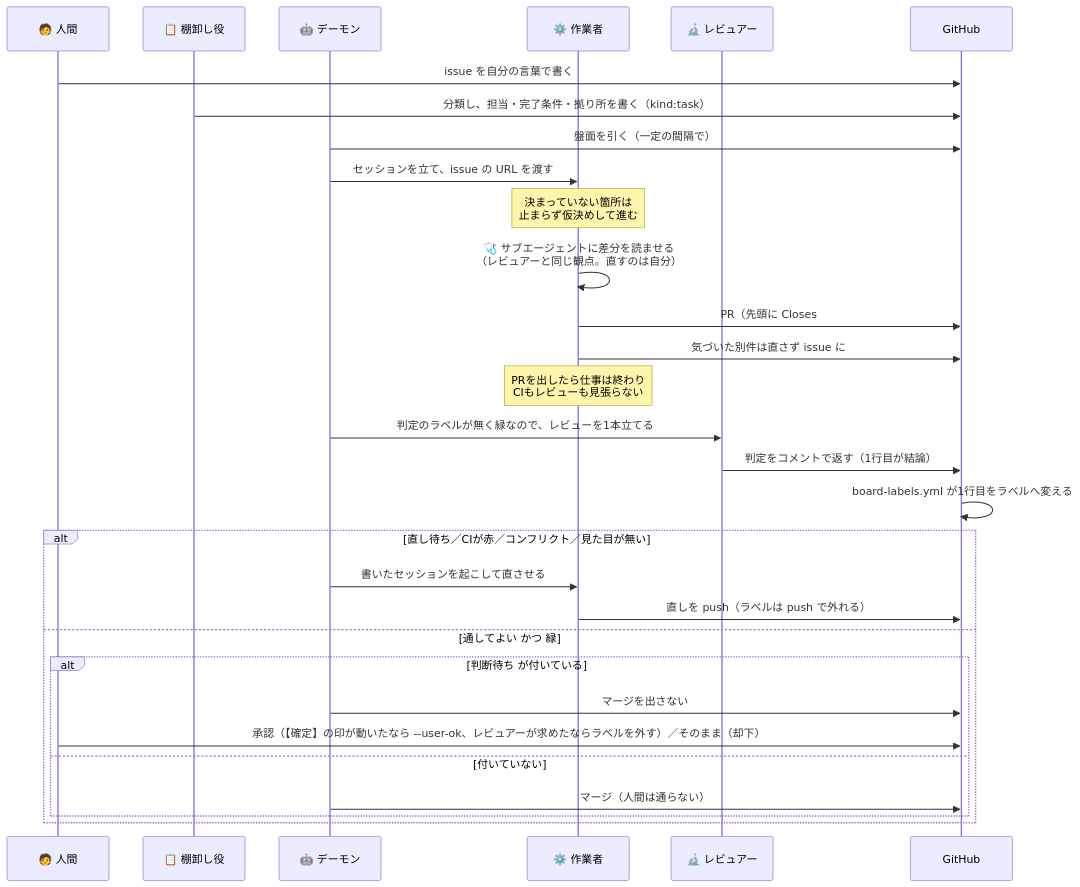
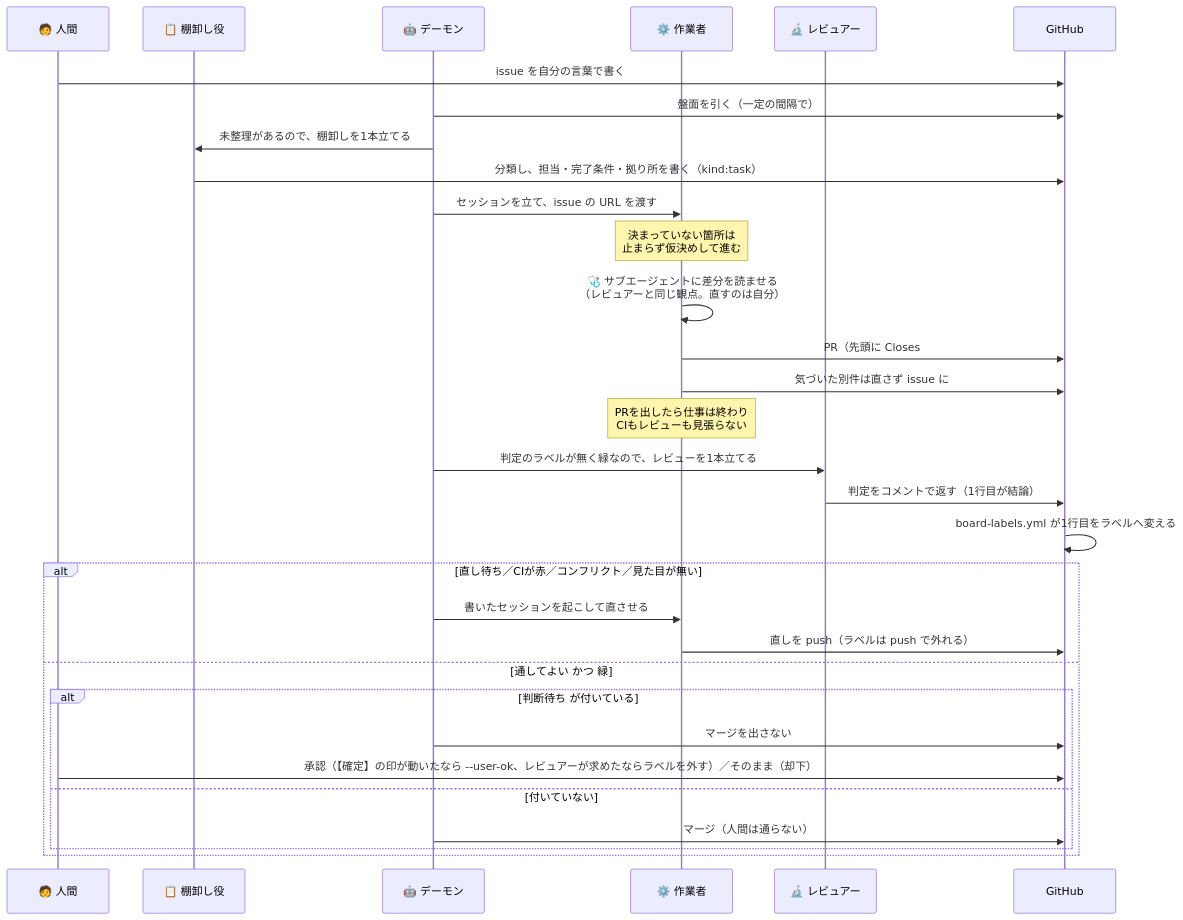
Before and after one commit to gooyyu1/UnmappedIsland: the third of 5 diagrams in docs/ParallelAgents.md, drawn with Mermaid. The commit also changed other lines of this file and 2 other files, not shown here.

````diff
--- a/docs/ParallelAgents.md
+++ b/docs/ParallelAgents.md
@@ -205,34 +205,35 @@
 ```mermaid
 sequenceDiagram
     participant H as 🧑 人間
     participant T as 📋 棚卸し役
     participant D as 🤖 デーモン
     participant W as ⚙️ 作業者
     participant R as 🔬 レビュアー
     participant G as GitHub
 
     H->>G: issue を自分の言葉で書く
+    D->>G: 盤面を引く（一定の間隔で）
+    D->>T: 未整理があるので、棚卸しを1本立てる
     T->>G: 分類し、担当・完了条件・拠り所を書く（kind:task）
-    D->>G: 盤面を引く（一定の間隔で）
     D->>W: セッションを立て、issue の URL を渡す
     Note over W: 決まっていない箇所は<br/>止まらず仮決めして進む
     W->>W: 🩺 サブエージェントに差分を読ませる<br/>（レビュアーと同じ観点。直すのは自分）
     W->>G: PR（先頭に Closes #N と ## 仮決め）
     W->>G: 気づいた別件は直さず issue に
     Note over W: PRを出したら仕事は終わり<br/>CIもレビューも見張らない
     D->>R: 判定のラベルが無く緑なので、レビューを1本立てる
     R->>G: 判定をコメントで返す（1行目が結論）
     G->>G: board-labels.yml が1行目をラベルへ変える
 
     alt 直し待ち／CIが赤／コンフリクト／見た目が無い
         D->>W: 書いたセッションを起こして直させる
         W->>G: 直しを push（ラベルは push で外れる）
     else 通してよい かつ 緑
         alt 判断待ち が付いている
             D->>G: マージを出さない
             H->>G: 承認（【確定】の印が動いたなら --user-ok、レビュアーが求めたならラベルを外す）／そのまま（却下）
         else 付いていない
             D->>G: マージ（人間は通らない）
         end
     end
 ```
````
